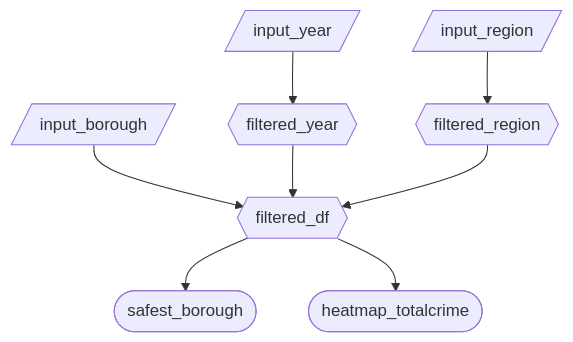
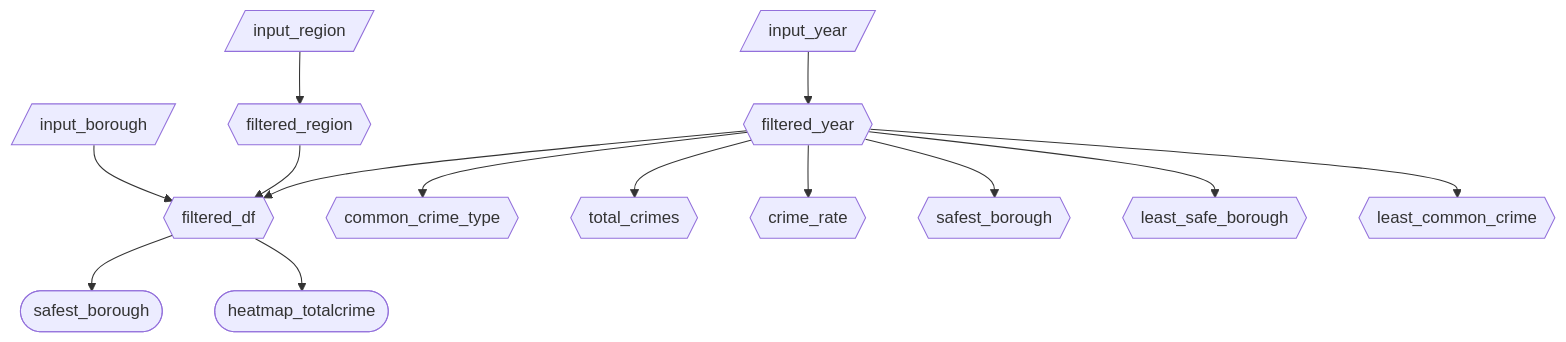
One commit to UBC-MDS/DSCI-532_2026_16_LondonCrime changed the diagram in reports/m2_spec.md. Above: the diagram before and after it, drawn with Mermaid. The commit also changed other lines of this file, not shown here.

````diff
--- a/reports/m2_spec.md
+++ b/reports/m2_spec.md
@@ -47,10 +47,23 @@
 ``` mermaid
 flowchart TD
-  Y[/input_year/] --> FY{{filtered_year}}
-  R[/input_region/] --> FR{{filtered_region}}
-  B[/input_borough/] --> FD{{filtered_df}}
+  Y[/input_year/]
+  R[/input_region/]
+  B[/input_borough/]
+
+  Y --> FY{{filtered_year}}
+  R --> FR{{filtered_region}}
+  B --> FD{{filtered_df}}
+
   FY --> FD
   FR --> FD
+
+  FY --> FN{{common_crime_type}}
+  FY --> FL{{total_crimes}}
+  FY --> FK{{crime_rate}}
+  FY --> FZ{{safest_borough}}
+  FY --> FT{{least_safe_borough}}
+  FY --> FJ{{least_common_crime}}
+
   FD --> O1([safest_borough])
   FD --> O2([heatmap_totalcrime])
 ```
````
